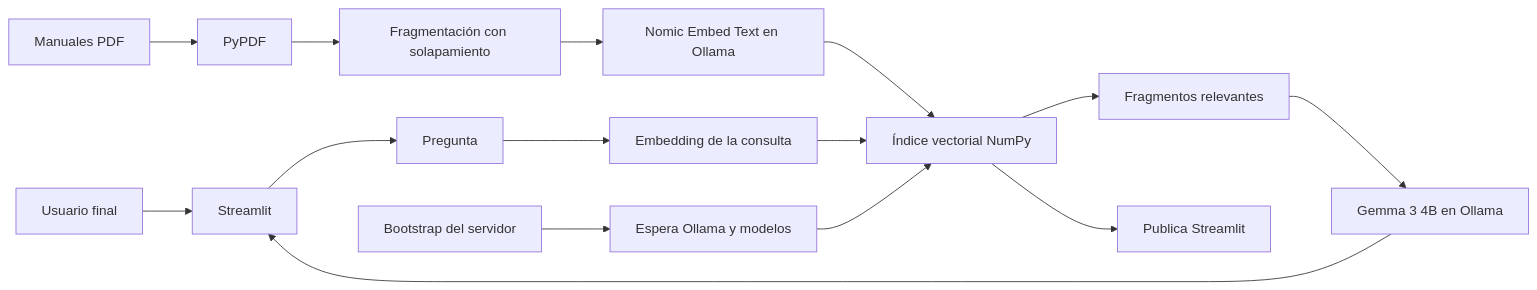
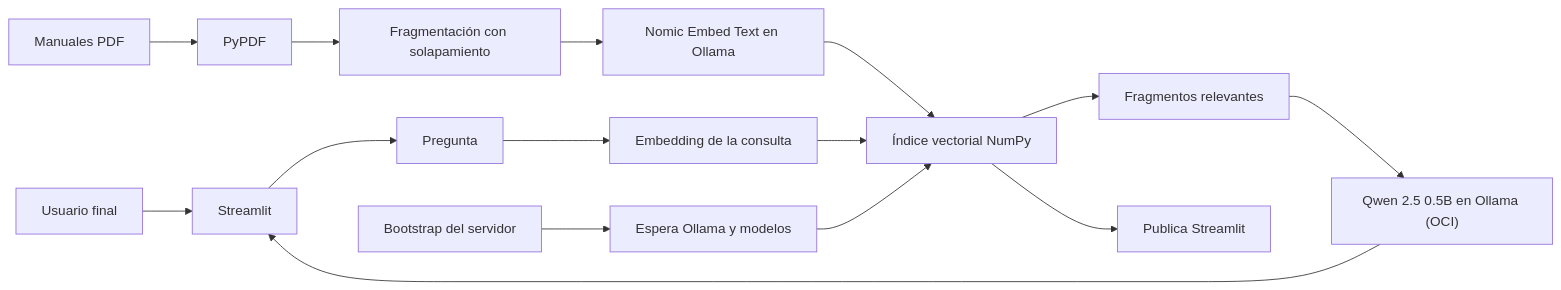
One commit to Mbenitez717/challenge_agent_Mbenitez717 changed the diagram in README.md. Above: the diagram before and after it, drawn with Mermaid. The commit also changed other lines of this file, not shown here.

````diff
--- a/README.md
+++ b/README.md
@@ -51,20 +62,20 @@
 ```mermaid
 flowchart LR
     U["Usuario final"] --> UI["Streamlit"]
     UI --> Q["Pregunta"]
 
     PDF["Manuales PDF"] --> P["PyPDF"]
     P --> C["Fragmentación con solapamiento"]
     C --> EM["Nomic Embed Text en Ollama"]
     EM --> IDX["Índice vectorial NumPy"]
 
     Q --> QE["Embedding de la consulta"]
     QE --> IDX
     IDX --> R["Fragmentos relevantes"]
-    R --> LLM["Gemma 3 4B en Ollama"]
+    R --> LLM["Qwen 2.5 0.5B en Ollama (OCI)"]
     LLM --> UI
 
     B["Bootstrap del servidor"] --> O["Espera Ollama y modelos"]
     O --> IDX
     IDX --> S["Publica Streamlit"]
 ```
````
